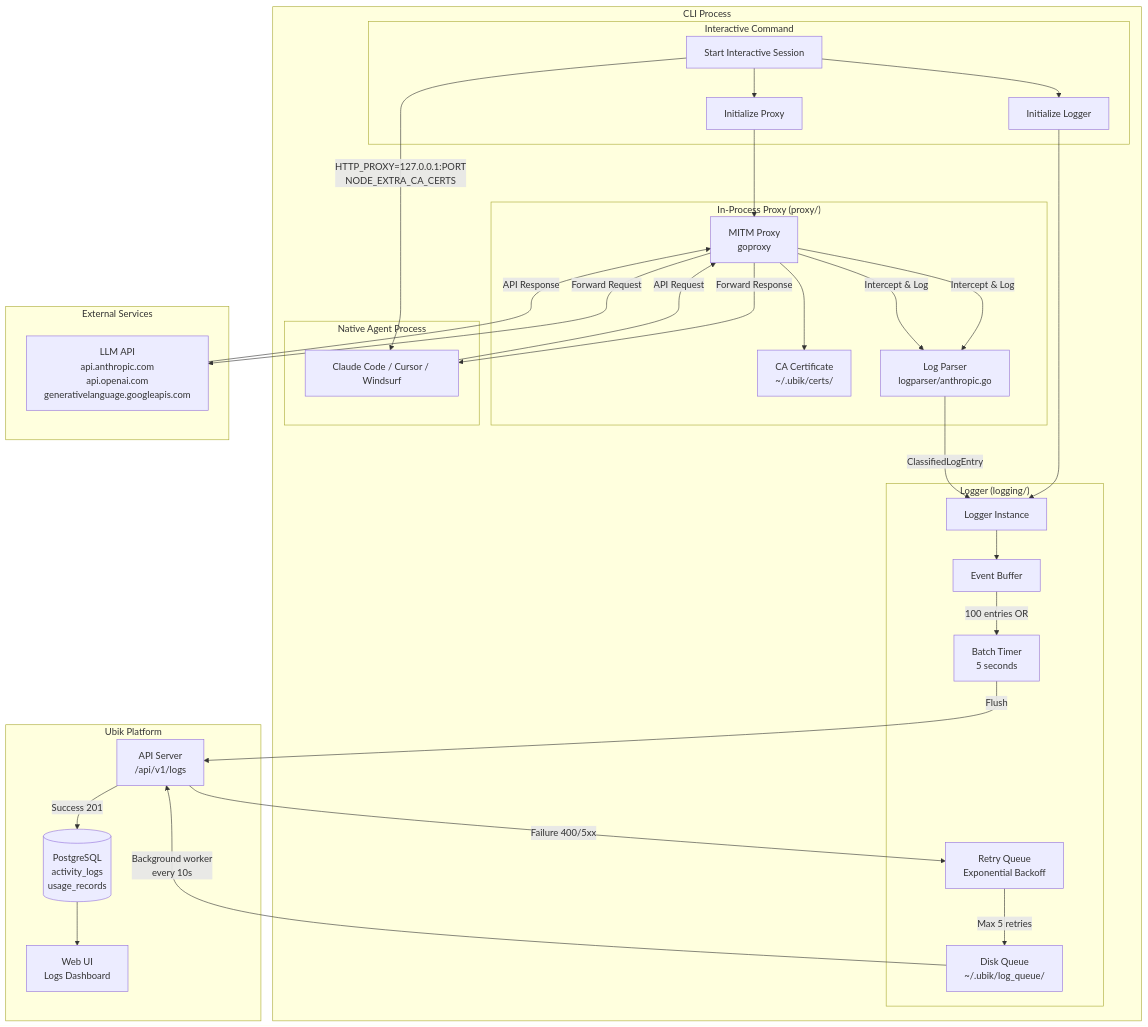
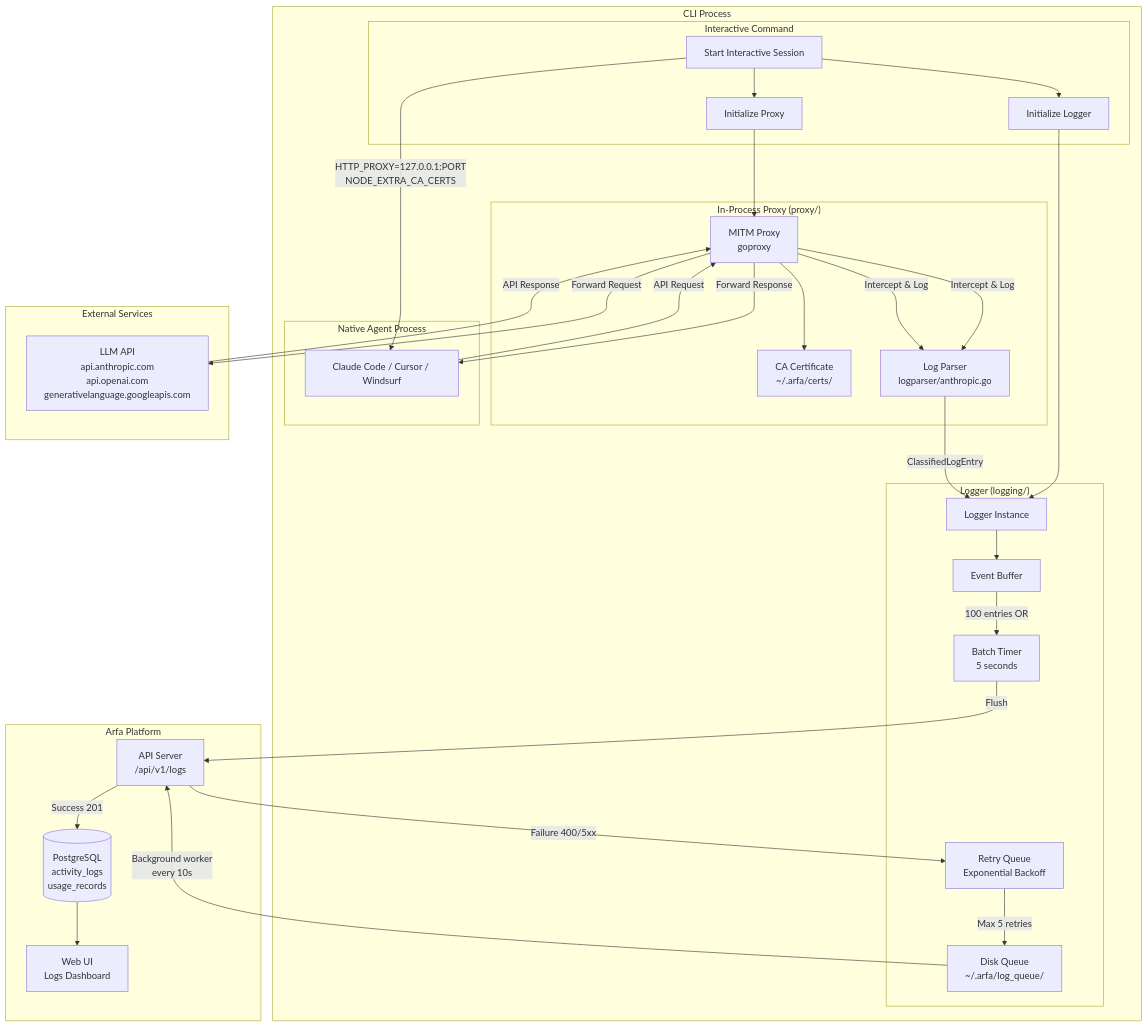
One commit to rastrigin-systems/arfa changed the diagram in docs/architecture/logging.md. Above: the diagram before and after it, drawn with Mermaid. The commit also changed other lines of this file and 194 other files, not shown here.

First line of the commit message:
refactor: Rename ubik to arfa throughout codebase (#393)

````diff
--- a/docs/architecture/logging.md
+++ b/docs/architecture/logging.md
@@ -7,71 +7,71 @@
 ```mermaid
 flowchart TB
     subgraph CLI["CLI Process"]
         subgraph Interactive["Interactive Command"]
             IC[Start Interactive Session]
             IC --> InitLogger[Initialize Logger]
             IC --> InitProxy[Initialize Proxy]
         end
 
         subgraph Logger["Logger (logging/)"]
             L[Logger Instance]
             Buffer[Event Buffer]
             BatchTimer[Batch Timer<br/>5 seconds]
             RetryQueue[Retry Queue<br/>Exponential Backoff]
-            DiskQueue[Disk Queue<br/>~/.ubik/log_queue/]
+            DiskQueue[Disk Queue<br/>~/.arfa/log_queue/]
         end
 
         subgraph Proxy["In-Process Proxy (proxy/)"]
             P[MITM Proxy<br/>goproxy]
-            CA[CA Certificate<br/>~/.ubik/certs/]
+            CA[CA Certificate<br/>~/.arfa/certs/]
             Parser[Log Parser<br/>logparser/anthropic.go]
         end
 
         subgraph Agent["Native Agent Process"]
             A[Claude Code / Cursor / Windsurf]
         end
     end
 
     subgraph External["External Services"]
         LLM[LLM API<br/>api.anthropic.com<br/>api.openai.com<br/>generativelanguage.googleapis.com]
     end
 
-    subgraph Platform["Ubik Platform"]
+    subgraph Platform["Arfa Platform"]
         API[API Server<br/>/api/v1/logs]
         DB[(PostgreSQL<br/>activity_logs<br/>usage_records)]
         Web[Web UI<br/>Logs Dashboard]
     end
 
     %% Initialization Flow
     InitLogger --> L
     InitProxy --> P
     P --> CA
 
     %% Agent Configuration
     IC -->|"HTTP_PROXY=127.0.0.1:PORT<br/>NODE_EXTRA_CA_CERTS"| A
 
     %% Request Flow
     A -->|"API Request"| P
     P -->|"Intercept & Log"| Parser
     Parser -->|"ClassifiedLogEntry"| L
     P -->|"Forward Request"| LLM
 
     %% Response Flow
     LLM -->|"API Response"| P
     P -->|"Intercept & Log"| Parser
     P -->|"Forward Response"| A
 
     %% Logging Flow
     L --> Buffer
     Buffer -->|"100 entries OR"| BatchTimer
     BatchTimer -->|"Flush"| API
 
     %% Error Handling
     API -->|"Success 201"| DB
     API -->|"Failure 400/5xx"| RetryQueue
     RetryQueue -->|"Max 5 retries"| DiskQueue
     DiskQueue -->|"Background worker<br/>every 10s"| API
 
     %% Display
     DB --> Web
 ```
````
